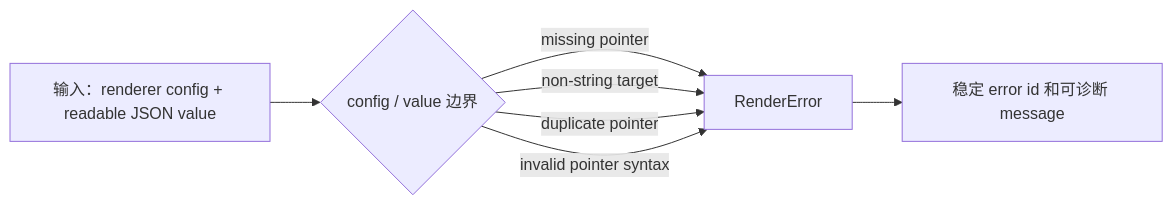
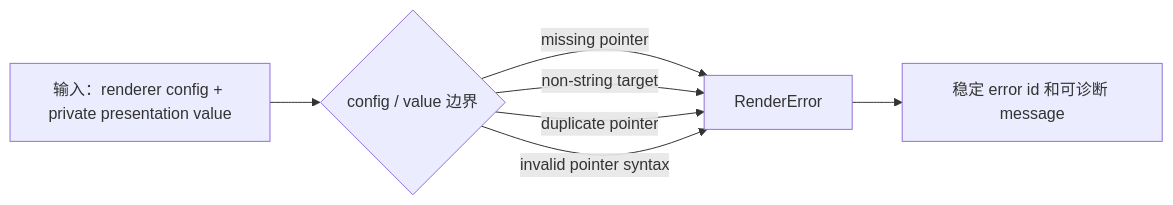
One commit to zxyycom/docnav changed the third of 8 diagrams in docs/testing/cases.md. Above: the diagram before and after it, drawn with Mermaid. The commit also changed other lines of this file and 77 other files, not shown here.

````diff
--- a/docs/testing/cases.md
+++ b/docs/testing/cases.md
@@ -436,9 +435,9 @@
 ```mermaid
 flowchart LR
-  A["输入：renderer config + readable JSON value"] --> B{"config / value 边界"}
+  A["输入：renderer config + private presentation value"] --> B{"config / value 边界"}
   B -->|"missing pointer"| C["RenderError"]
   B -->|"non-string target"| C
   B -->|"duplicate pointer"| C
   B -->|"invalid pointer syntax"| C
   C --> D["稳定 error id 和可诊断 message"]
 ```
````
